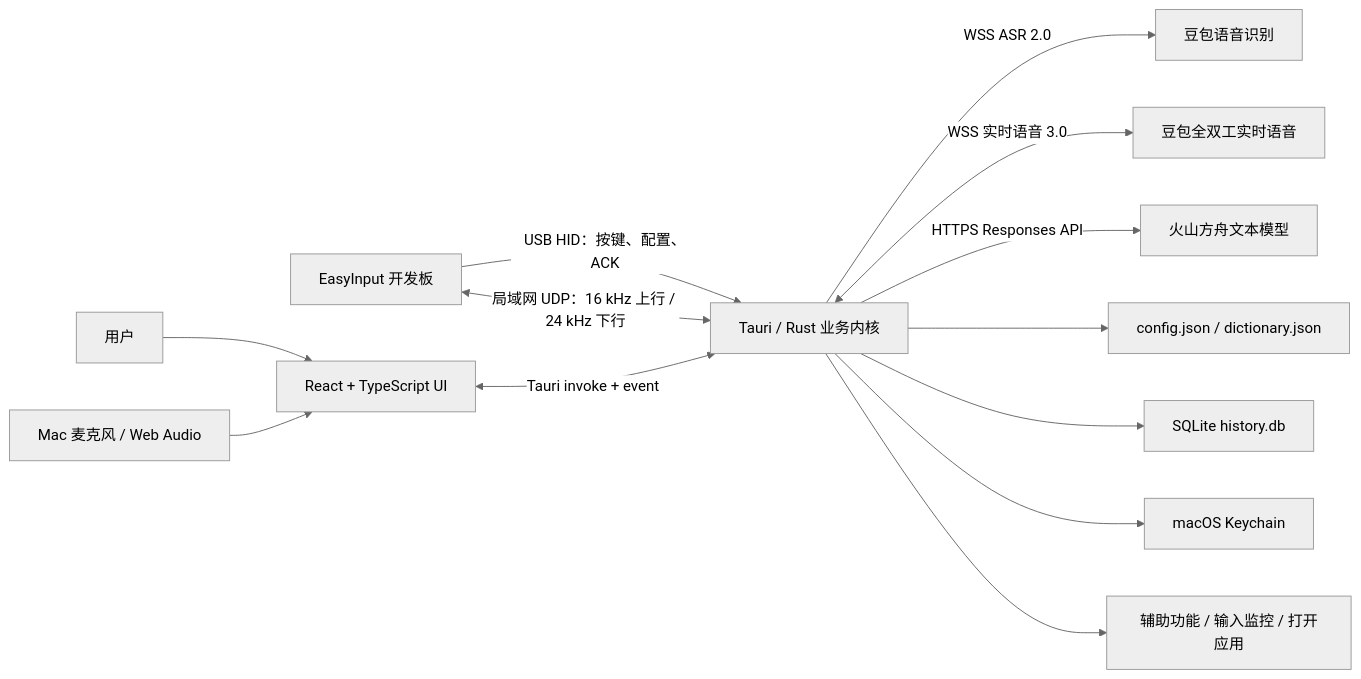
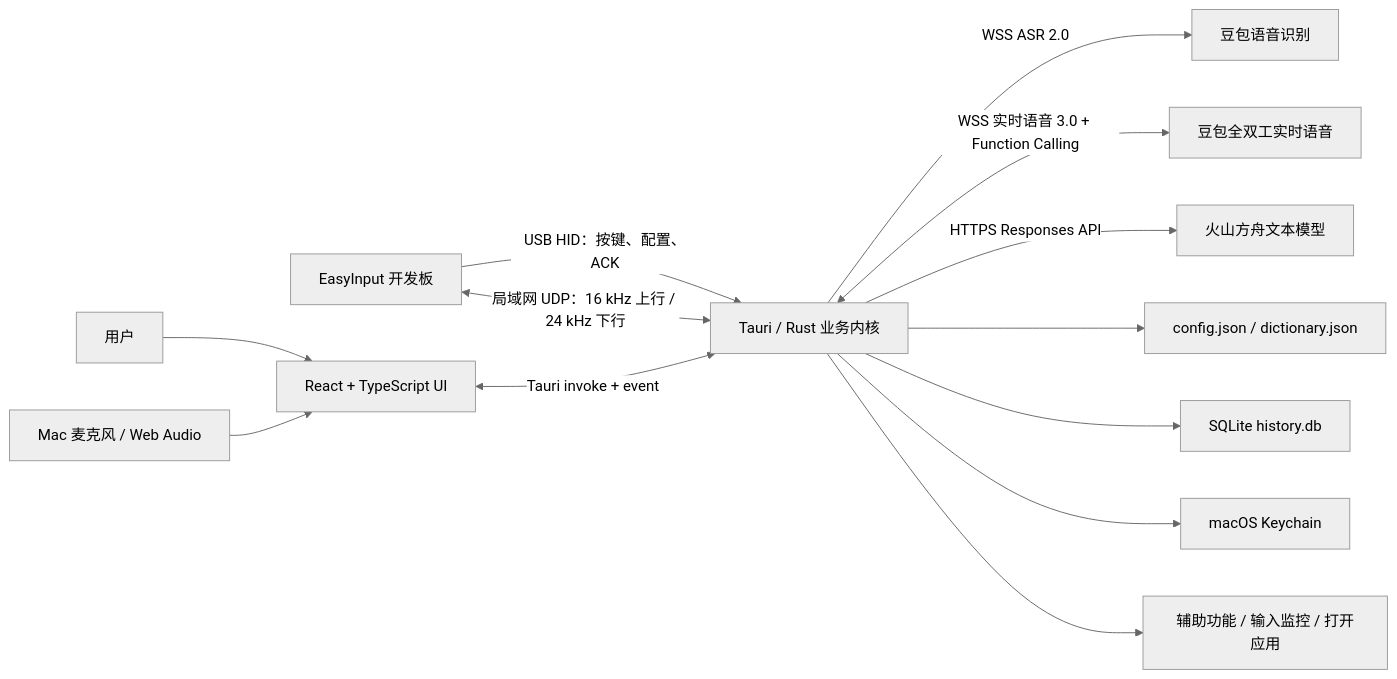
One commit to ngocvychu38-web/easyinput changed the first of 3 diagrams in docs/EasyInput-业务功能技术实现方案.md. Above: the diagram before and after it, drawn with Mermaid (neutral theme). The commit also changed other lines of this file and 128 other files, not shown here.

````diff
--- a/docs/EasyInput-业务功能技术实现方案.md
+++ b/docs/EasyInput-业务功能技术实现方案.md
@@ -67,15 +69,15 @@
 ```mermaid
 flowchart LR
     User["用户"] --> UI["React + TypeScript UI"]
     Board["EasyInput 开发板"] -->|"USB HID：按键、配置、ACK"| Rust["Tauri / Rust 业务内核"]
     Board <-->|"局域网 UDP：16 kHz 上行 / 24 kHz 下行"| Rust
     UI <-->|"Tauri invoke + event"| Rust
     MacMic["Mac 麦克风 / Web Audio"] --> UI
     Rust -->|"WSS ASR 2.0"| ASR["豆包语音识别"]
-    Rust <-->|"WSS 实时语音 3.0"| RT["豆包全双工实时语音"]
+    Rust <-->|"WSS 实时语音 3.0 + Function Calling"| RT["豆包全双工实时语音"]
     Rust -->|"HTTPS Responses API"| Ark["火山方舟文本模型"]
     Rust --> JSON["config.json / dictionary.json"]
     Rust --> SQLite["SQLite history.db"]
     Rust --> Keychain["macOS Keychain"]
     Rust --> MacOS["辅助功能 / 输入监控 / 打开应用"]
 ```
````
